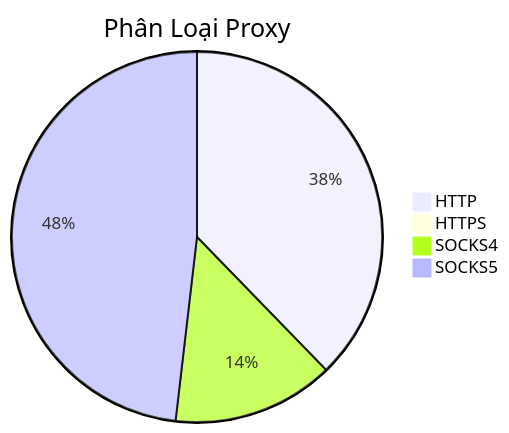
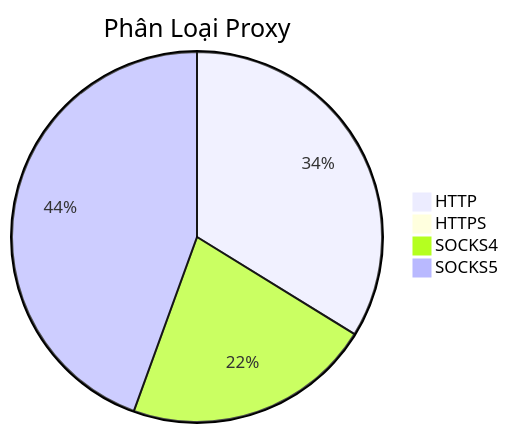
The diagram in README.md (Ciara-Aa/PROXY-free), drawn with Mermaid before and after one commit. The commit also changed other lines of this file and 4 other files, not shown here.

````diff
--- a/README.md
+++ b/README.md
@@ -26,7 +26,7 @@
 ```mermaid
 pie title Phân Loại Proxy
-    "HTTP" : 286
-    "HTTPS" : 2
-    "SOCKS4" : 107
-    "SOCKS5" : 365
+    "HTTP" : 244
+    "HTTPS" : 3
+    "SOCKS4" : 157
+    "SOCKS5" : 321
 ```
````
